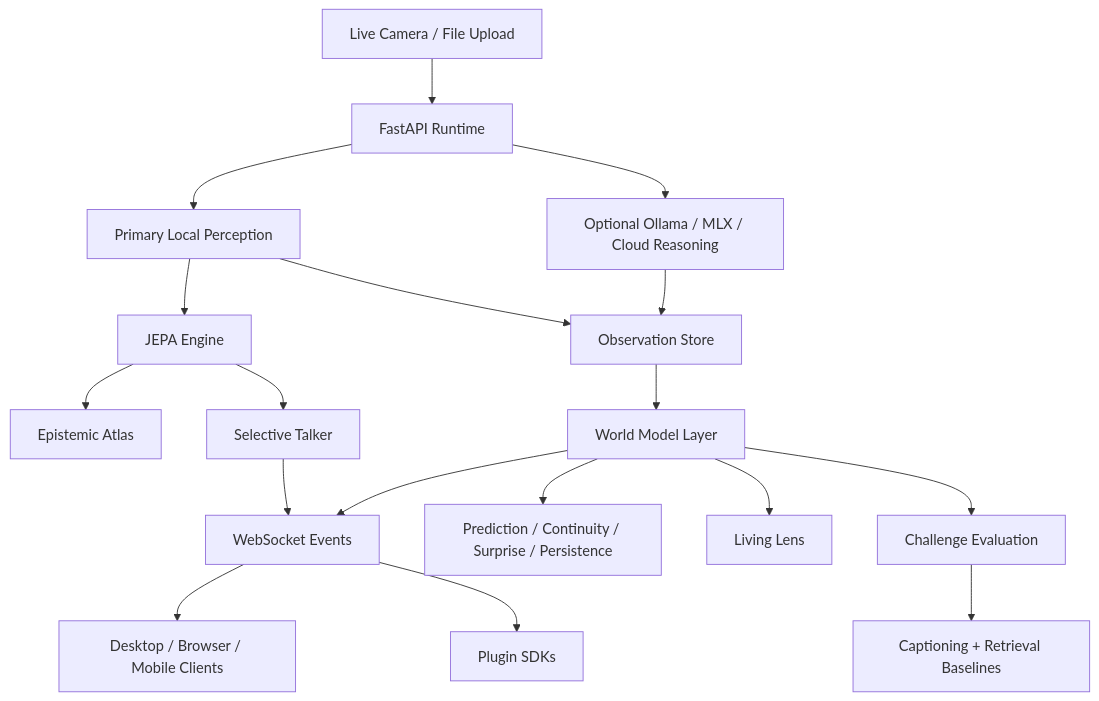
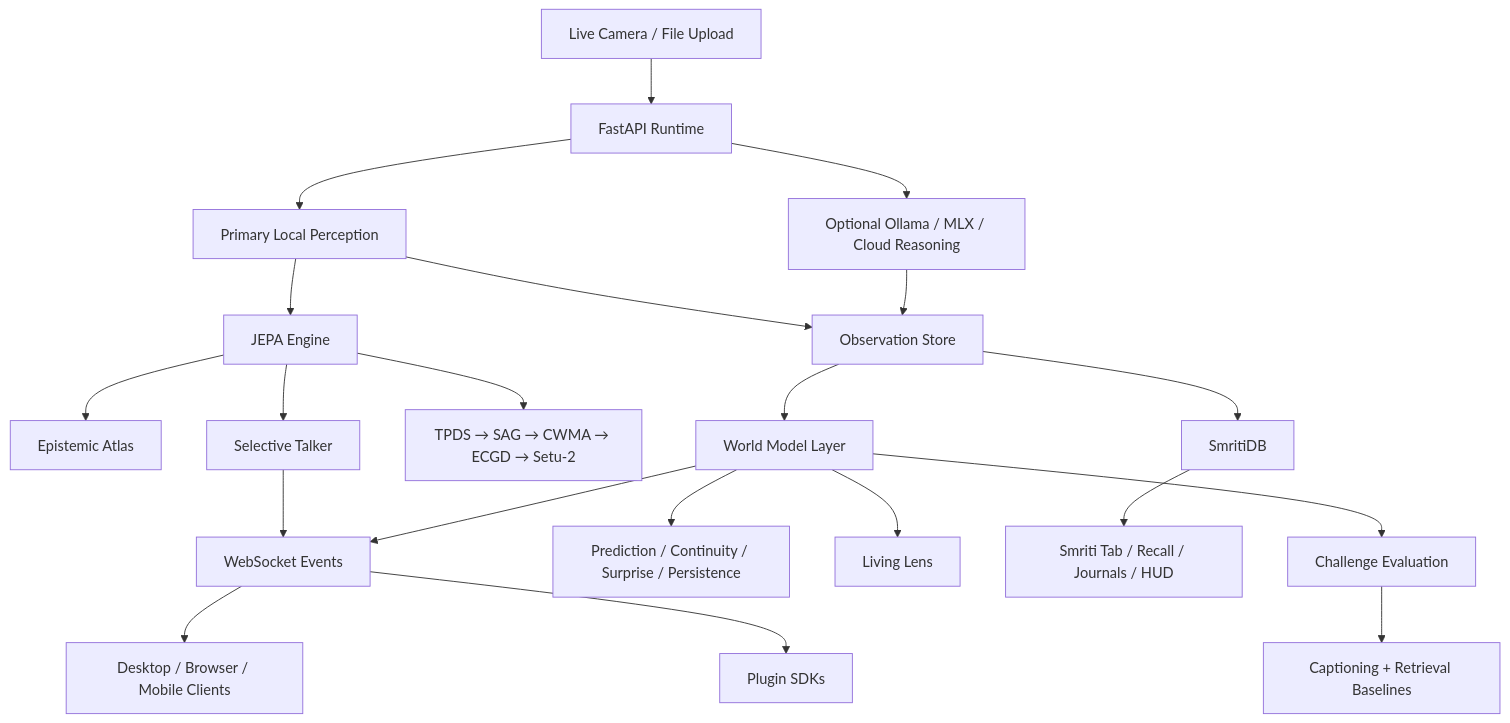
One commit to NeoOne601/Toori changed the diagram in CLAUDE.md. Above: the diagram before and after it, drawn with Mermaid. The commit also changed other lines of this file and 30 other files, not shown here.

````diff
--- a/CLAUDE.md
+++ b/CLAUDE.md
@@ -43,20 +43,23 @@
 ```mermaid
 flowchart TB
   Camera["Live Camera / File Upload"] --> Runtime["FastAPI Runtime"]
   Runtime --> Perception["Primary Local Perception"]
   Perception --> JEPA["JEPA Engine"]
   JEPA --> EpistemicAtlas["Epistemic Atlas"]
   JEPA --> Talker["Selective Talker"]
+  JEPA --> SmritiPipeline["TPDS → SAG → CWMA → ECGD → Setu-2"]
   Talker --> Events["WebSocket Events"]
   Perception --> Store["Observation Store"]
+  Store --> SmritiDB["SmritiDB"]
   Store --> World["World Model Layer"]
   World --> Metrics["Prediction / Continuity / Surprise / Persistence"]
   World --> Living["Living Lens"]
+  SmritiDB --> SmritiUI["Smriti Tab / Recall / Journals / HUD"]
   World --> Challenge["Challenge Evaluation"]
   Challenge --> Baselines["Captioning + Retrieval Baselines"]
   Runtime --> Reasoning["Optional Ollama / MLX / Cloud Reasoning"]
   Reasoning --> Store
   World --> Events
   Events --> UI["Desktop / Browser / Mobile Clients"]
   Events --> SDK["Plugin SDKs"]
 ```
````
